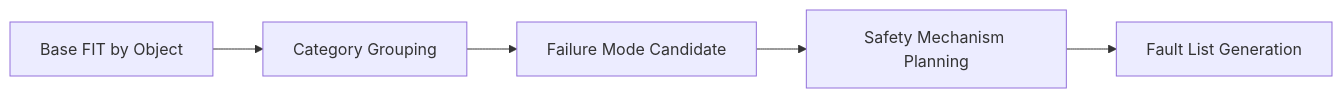
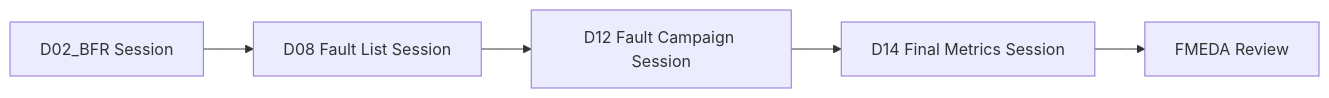
One commit to qiqixixi1001/automotive-safeic-practice changed the third of 4 diagrams in articles/02_automotive_safeic_practice_d02_github_en_generic.md. Above: the diagram before and after it, drawn with Mermaid. The commit also changed other lines of this file, not shown here.

````diff
--- a/articles/02_automotive_safeic_practice_d02_github_en_generic.md
+++ b/articles/02_automotive_safeic_practice_d02_github_en_generic.md
@@ -619,7 +751,7 @@
 ```mermaid
 flowchart LR
-    A[Base FIT by Object] --> B[Category Grouping]
-    B --> C[Failure Mode Candidate]
-    C --> D[Safety Mechanism Planning]
-    D --> E[Fault List Generation]
+    A[D02_BFR Session] --> B[D08 Fault List Session]
+    B --> C[D12 Fault Campaign Session]
+    C --> D[D14 Final Metrics Session]
+    D --> E[FMEDA Review]
 ```
````
